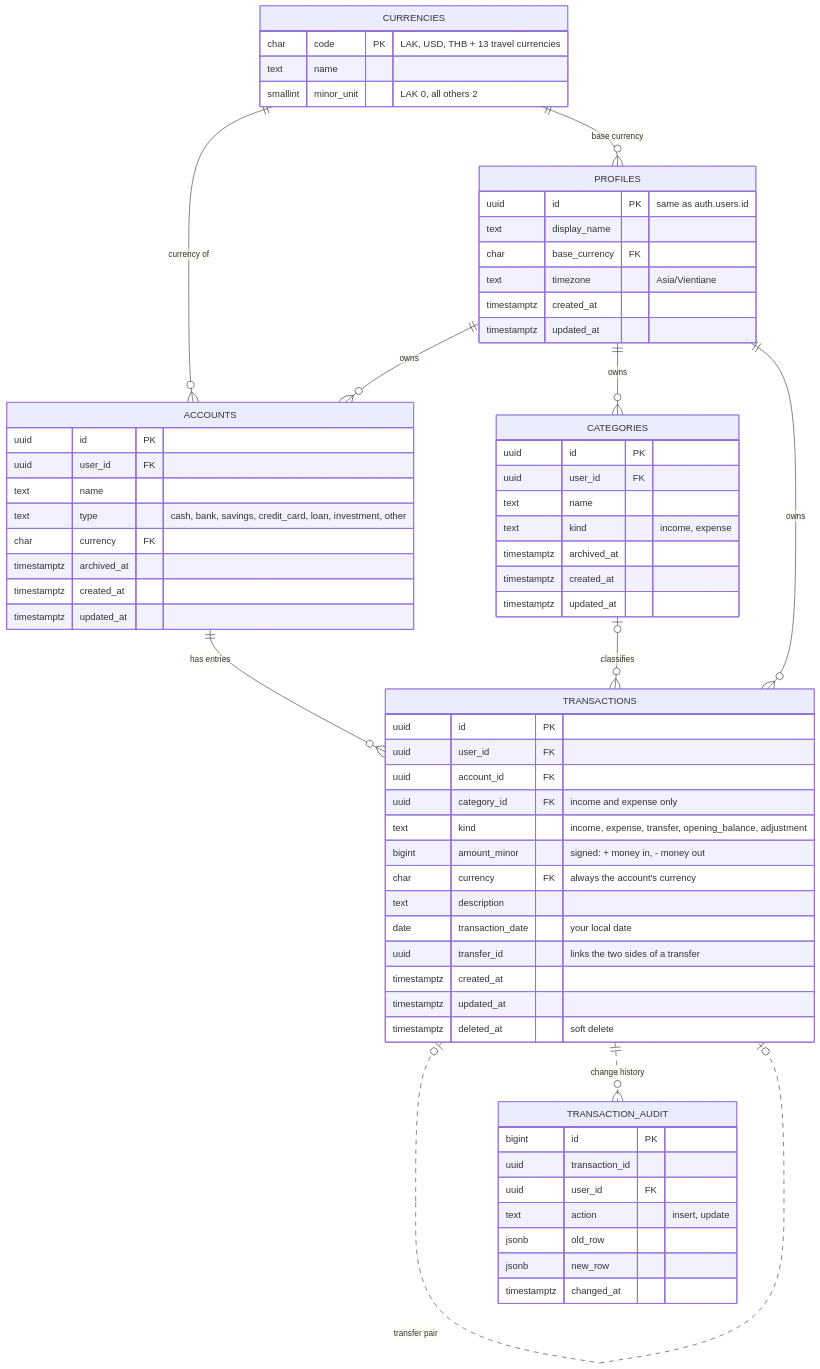
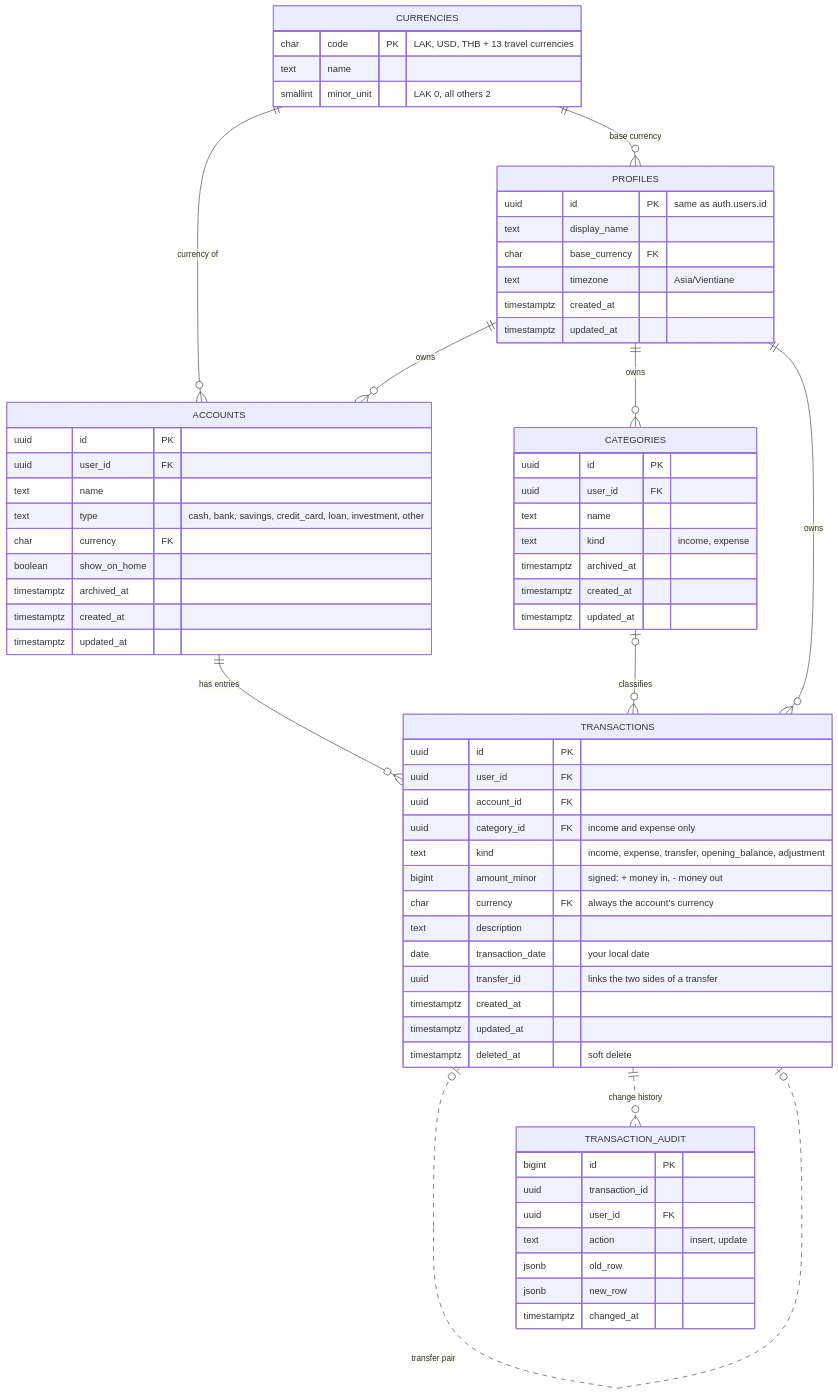
The diagram in docs/database.md (SSS-808/PWA-finance), drawn with Mermaid before and after one commit. The commit also changed other lines of this file and 16 other files, not shown here.

Commit message:
Feat: add a Show on Home switch to each account (#49)

````diff
--- a/docs/database.md
+++ b/docs/database.md
@@ -9,69 +9,70 @@
 ```mermaid
 erDiagram
   CURRENCIES ||--o{ ACCOUNTS : "currency of"
   CURRENCIES ||--o{ PROFILES : "base currency"
   PROFILES ||--o{ ACCOUNTS : owns
   PROFILES ||--o{ CATEGORIES : owns
   PROFILES ||--o{ TRANSACTIONS : owns
   ACCOUNTS ||--o{ TRANSACTIONS : "has entries"
   CATEGORIES |o--o{ TRANSACTIONS : classifies
   TRANSACTIONS |o..o| TRANSACTIONS : "transfer pair"
   TRANSACTIONS ||..o{ TRANSACTION_AUDIT : "change history"
 
   CURRENCIES {
     char code PK "LAK, USD, THB + 13 travel currencies"
     text name
     smallint minor_unit "LAK 0, all others 2"
   }
   PROFILES {
     uuid id PK "same as auth.users.id"
     text display_name
     char base_currency FK
     text timezone "Asia/Vientiane"
     timestamptz created_at
     timestamptz updated_at
   }
   ACCOUNTS {
     uuid id PK
     uuid user_id FK
     text name
     text type "cash, bank, savings, credit_card, loan, investment, other"
     char currency FK
+    boolean show_on_home
     timestamptz archived_at
     timestamptz created_at
     timestamptz updated_at
   }
   CATEGORIES {
     uuid id PK
     uuid user_id FK
     text name
     text kind "income, expense"
     timestamptz archived_at
     timestamptz created_at
     timestamptz updated_at
   }
   TRANSACTIONS {
     uuid id PK
     uuid user_id FK
     uuid account_id FK
     uuid category_id FK "income and expense only"
     text kind "income, expense, transfer, opening_balance, adjustment"
     bigint amount_minor "signed: + money in, - money out"
     char currency FK "always the account's currency"
     text description
     date transaction_date "your local date"
     uuid transfer_id "links the two sides of a transfer"
     timestamptz created_at
     timestamptz updated_at
     timestamptz deleted_at "soft delete"
   }
   TRANSACTION_AUDIT {
     bigint id PK
     uuid transaction_id
     uuid user_id FK
     text action "insert, update"
     jsonb old_row
     jsonb new_row
     timestamptz changed_at
   }
 ```
````
